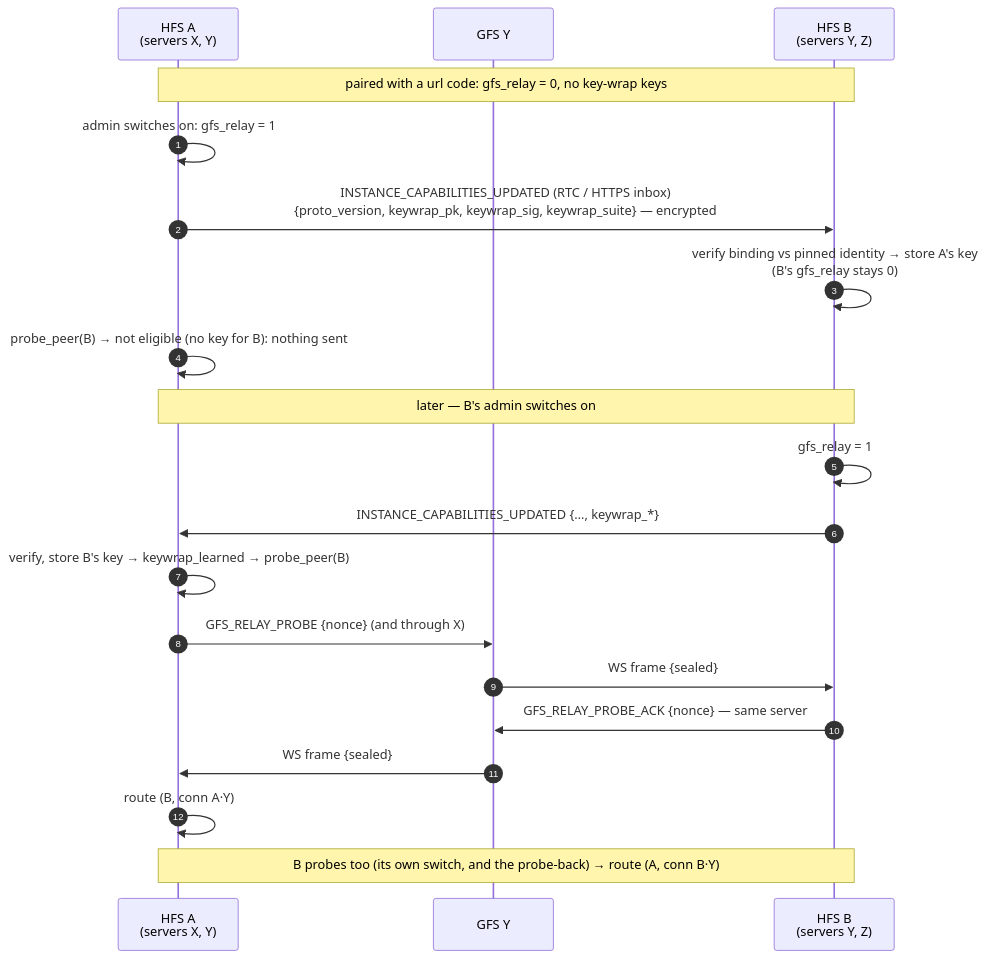
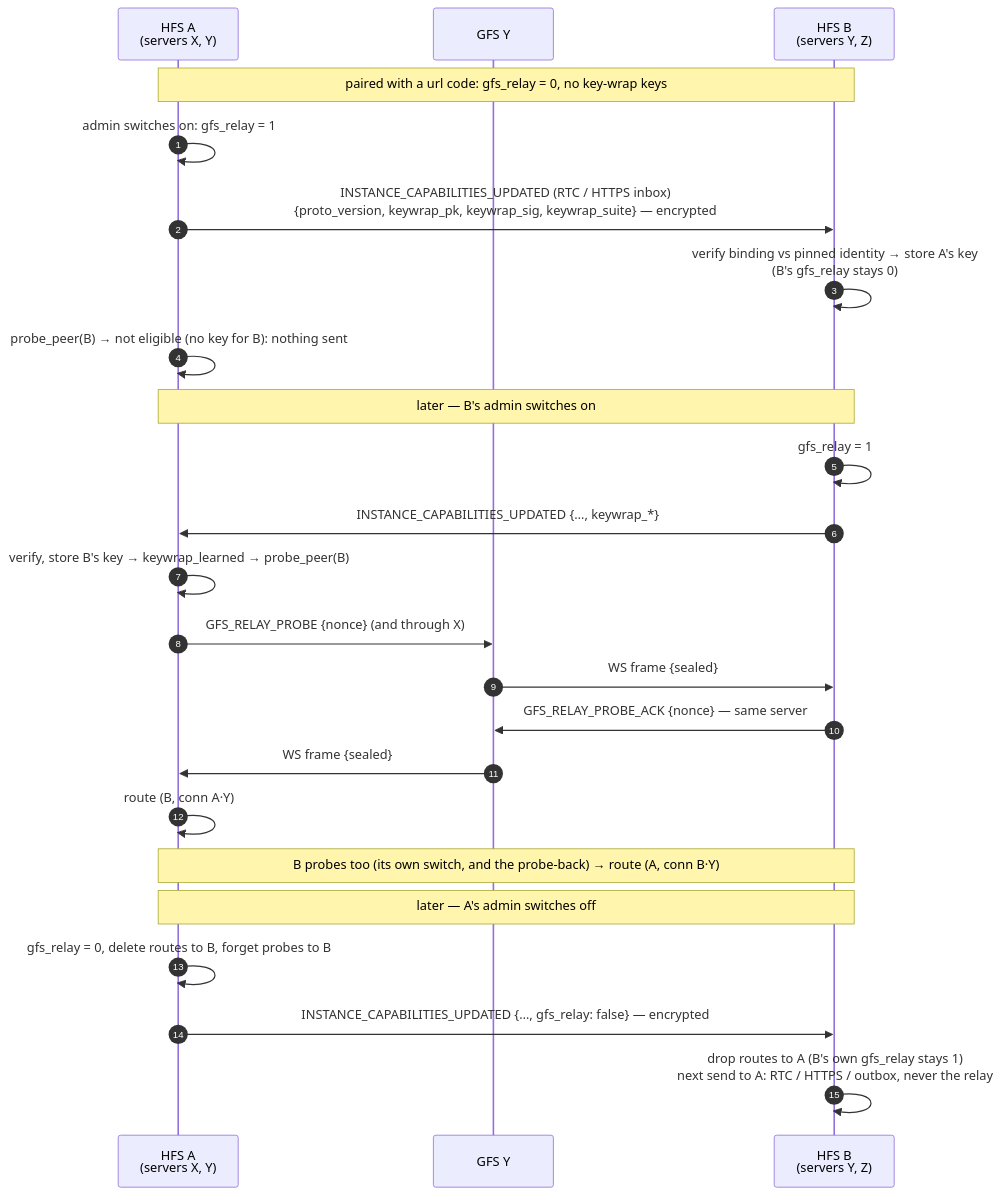
Before and after one commit to social-home-io/socialhome: the second of 2 diagrams in docs/protocol/gfs-relay.md, drawn with Mermaid. The commit also changed other lines of this file and 29 other files, not shown here.

First line of the commit message:
GFS fallback switch: no silent loss after off, no probe floods, own rate bucket

````diff
--- a/docs/protocol/gfs-relay.md
+++ b/docs/protocol/gfs-relay.md
@@ -240,23 +259,27 @@
 ```mermaid
 sequenceDiagram
     autonumber
     participant A as HFS A<br/>(servers X, Y)
     participant Y as GFS Y
     participant B as HFS B<br/>(servers Y, Z)
 
     Note over A,B: paired with a url code: gfs_relay = 0, no key-wrap keys
     A->>A: admin switches on: gfs_relay = 1
     A->>B: INSTANCE_CAPABILITIES_UPDATED (RTC / HTTPS inbox)<br/>{proto_version, keywrap_pk, keywrap_sig, keywrap_suite} — encrypted
     B->>B: verify binding vs pinned identity → store A's key<br/>(B's gfs_relay stays 0)
     A->>A: probe_peer(B) → not eligible (no key for B): nothing sent
     Note over A,B: later — B's admin switches on
     B->>B: gfs_relay = 1
     B->>A: INSTANCE_CAPABILITIES_UPDATED {…, keywrap_*}
     A->>A: verify, store B's key → keywrap_learned → probe_peer(B)
     A->>Y: GFS_RELAY_PROBE {nonce} (and through X)
     Y->>B: WS frame {sealed}
     B->>Y: GFS_RELAY_PROBE_ACK {nonce} — same server
     Y->>A: WS frame {sealed}
     A->>A: route (B, conn A·Y)
     Note over A,B: B probes too (its own switch, and the probe-back) → route (A, conn B·Y)
+    Note over A,B: later — A's admin switches off
+    A->>A: gfs_relay = 0, delete routes to B, forget probes to B
+    A->>B: INSTANCE_CAPABILITIES_UPDATED {…, gfs_relay: false} — encrypted
+    B->>B: drop routes to A (B's own gfs_relay stays 1)<br/>next send to A: RTC / HTTPS / outbox, never the relay
 ```
````
